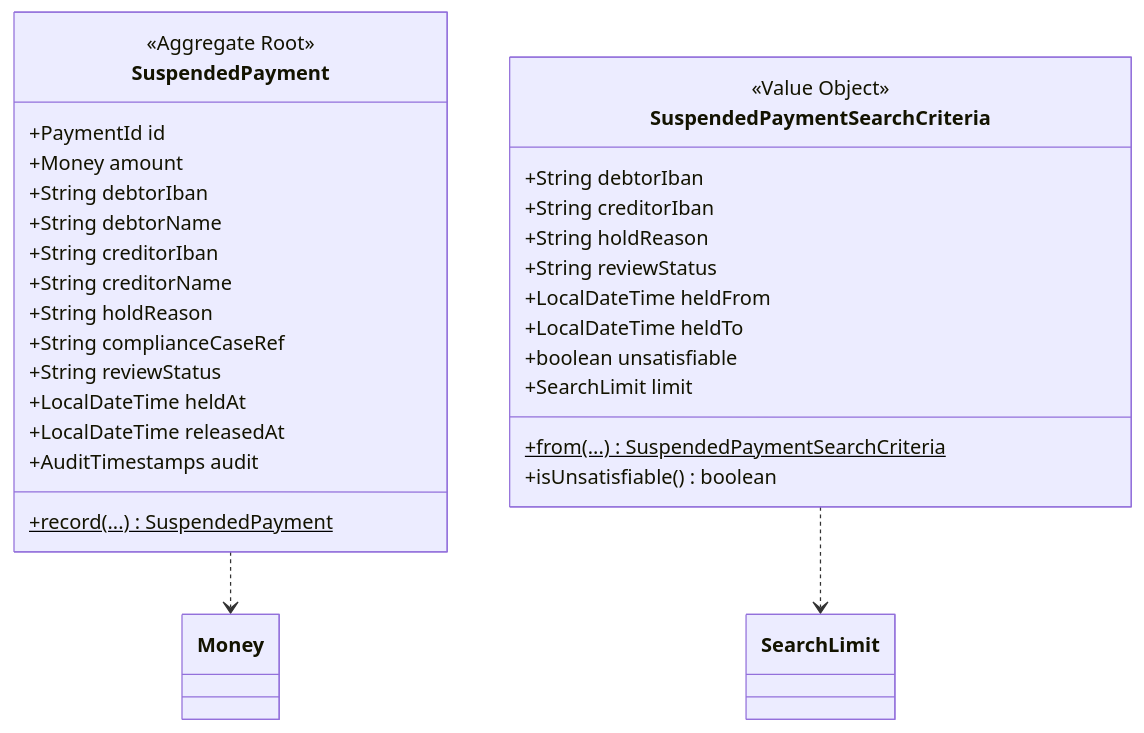
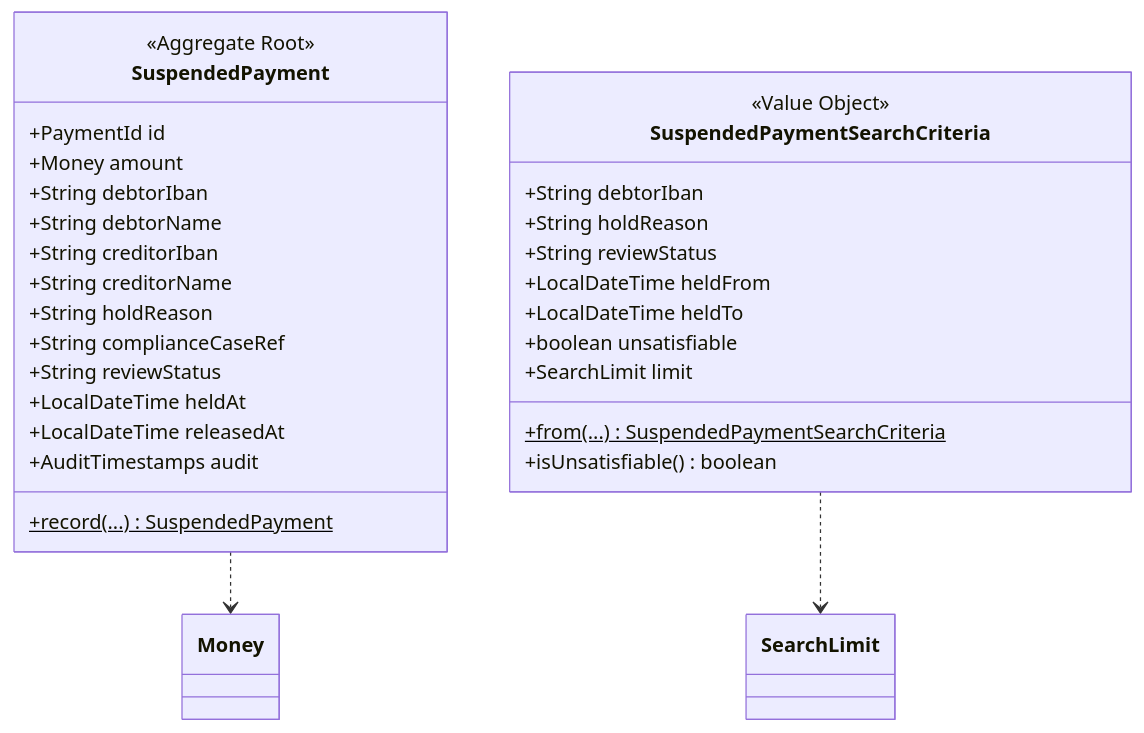
One commit to kevin-llps/payments-hexagonal-architecture-migration-challenge changed the third of 5 diagrams in realistic-mess-based-on-jpa-entities-challenge/isolated-domain-design.md. Above: the diagram before and after it, drawn with Mermaid. The commit also changed other lines of this file and 1 other file, not shown here.

````diff
--- a/realistic-mess-based-on-jpa-entities-challenge/isolated-domain-design.md
+++ b/realistic-mess-based-on-jpa-entities-challenge/isolated-domain-design.md
@@ -317,34 +320,33 @@
 ```mermaid
 classDiagram
     class SuspendedPayment {
         <<Aggregate Root>>
         +PaymentId id
         +Money amount
         +String debtorIban
         +String debtorName
         +String creditorIban
         +String creditorName
         +String holdReason
         +String complianceCaseRef
         +String reviewStatus
         +LocalDateTime heldAt
         +LocalDateTime releasedAt
         +AuditTimestamps audit
         +record(...)$ SuspendedPayment
     }
     class SuspendedPaymentSearchCriteria {
         <<Value Object>>
         +String debtorIban
-        +String creditorIban
         +String holdReason
         +String reviewStatus
         +LocalDateTime heldFrom
         +LocalDateTime heldTo
         +boolean unsatisfiable
         +SearchLimit limit
         +from(...)$ SuspendedPaymentSearchCriteria
         +isUnsatisfiable() boolean
     }
     SuspendedPaymentSearchCriteria ..> SearchLimit
     SuspendedPayment ..> Money
 ```
````
